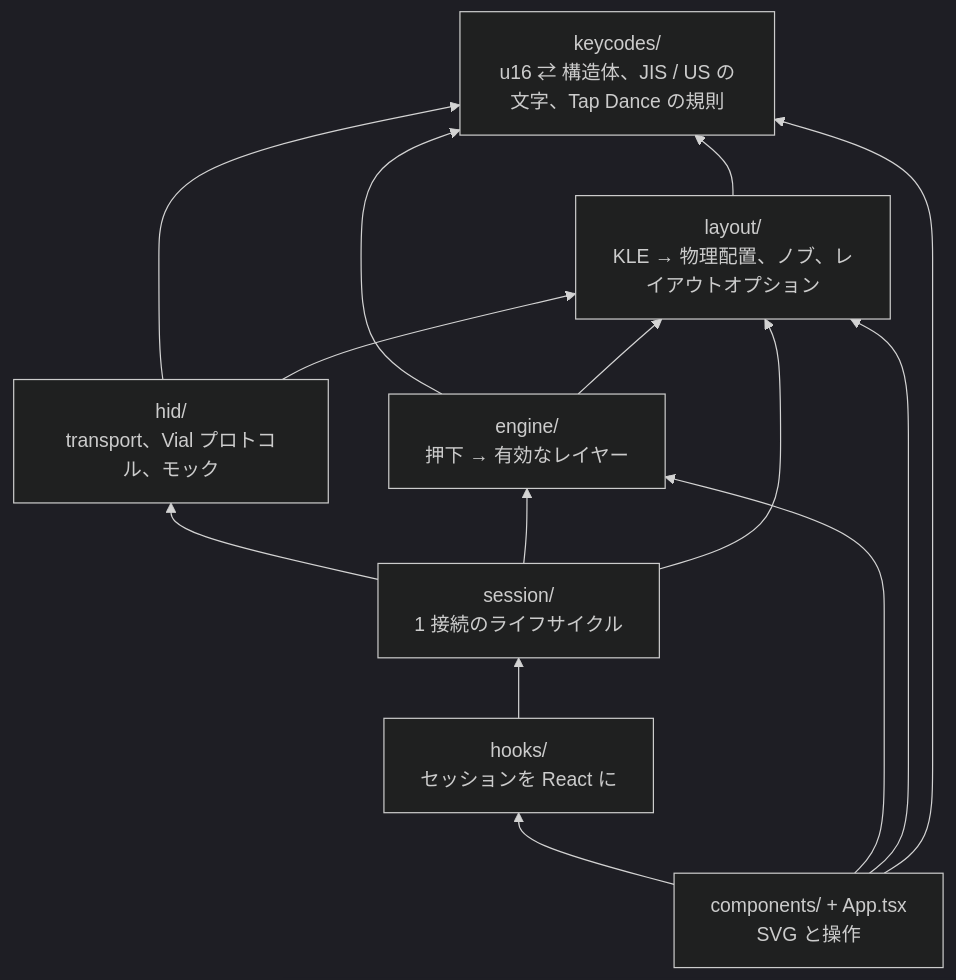
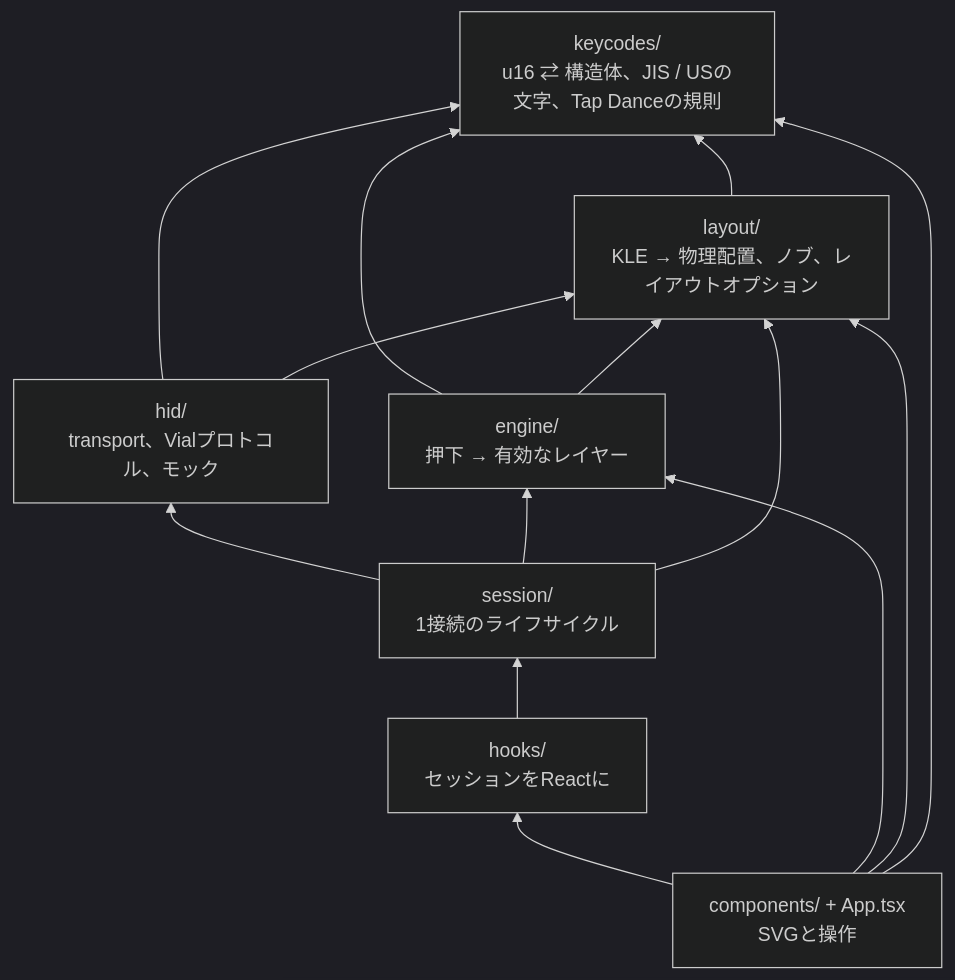
The second of 4 diagrams in docs/ARCHITECTURE.md (masacchi/live-keymap-viewer), drawn with Mermaid (dark theme) before and after one commit. The commit also changed other lines of this file and 8 other files, not shown here.

````diff
--- a/docs/ARCHITECTURE.md
+++ b/docs/ARCHITECTURE.md
@@ -66,24 +65,24 @@
 ```mermaid
 flowchart BT
-  keycodes["keycodes/<br/>u16 ⇄ 構造体、JIS / US の文字、Tap Dance の規則"]
+  keycodes["keycodes/<br/>u16 ⇄ 構造体、JIS / USの文字、Tap Danceの規則"]
   layout["layout/<br/>KLE → 物理配置、ノブ、レイアウトオプション"]
   engine["engine/<br/>押下 → 有効なレイヤー"]
-  hid["hid/<br/>transport、Vial プロトコル、モック"]
-  session["session/<br/>1 接続のライフサイクル"]
-  hooks["hooks/<br/>セッションを React に"]
-  components["components/ + App.tsx<br/>SVG と操作"]
+  hid["hid/<br/>transport、Vialプロトコル、モック"]
+  session["session/<br/>1接続のライフサイクル"]
+  hooks["hooks/<br/>セッションをReactに"]
+  components["components/ + App.tsx<br/>SVGと操作"]
 
   layout --> keycodes
   engine --> keycodes
   engine --> layout
   hid --> keycodes
   hid --> layout
   session --> hid
   session --> engine
   session --> layout
   hooks --> session
   components --> hooks
   components --> engine
   components --> layout
   components --> keycodes
 ```
````
